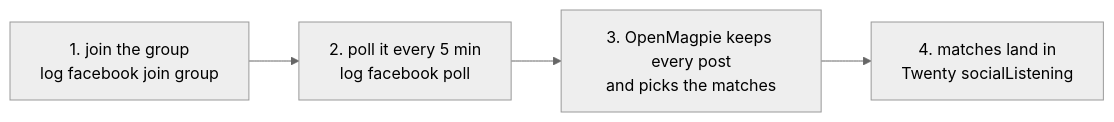
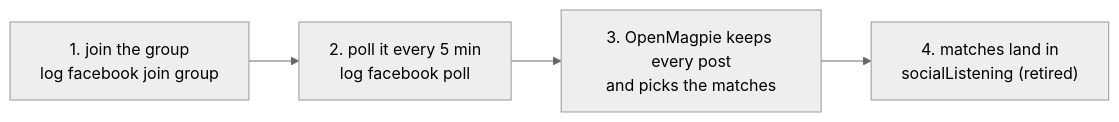
Before and after one commit to aggelos-pappas/log: the diagram in site/apps/web/public/.well-known/skills/log-facebook-groups/SKILL.md, drawn with Mermaid (neutral theme). The commit also changed other lines of this file and 324 other files, not shown here.

````diff
--- a/site/apps/web/public/.well-known/skills/log-facebook-groups/SKILL.md
+++ b/site/apps/web/public/.well-known/skills/log-facebook-groups/SKILL.md
@@ -17,6 +19,6 @@
 ```mermaid
 flowchart LR
   join["1. join the group<br/>log facebook join group"] --> poll["2. poll it every 5 min<br/>log facebook poll"]
   poll --> magpie["3. OpenMagpie keeps every post<br/>and picks the matches"]
-  magpie --> twenty["4. matches land in<br/>Twenty socialListening"]
+  magpie --> matches["4. matches land in<br/>socialListening (retired)"]
 ```
````
